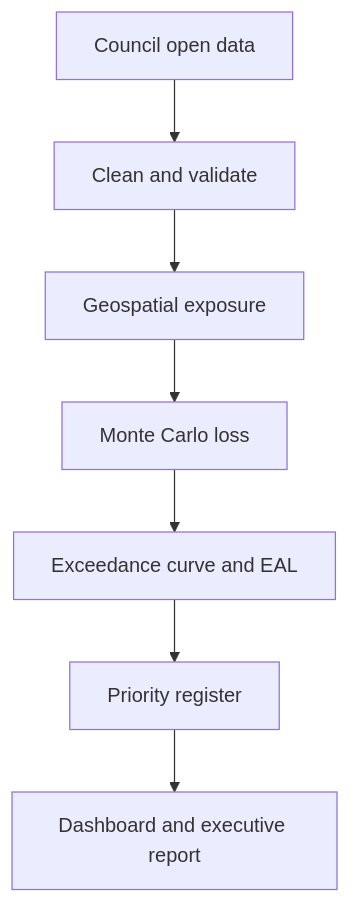
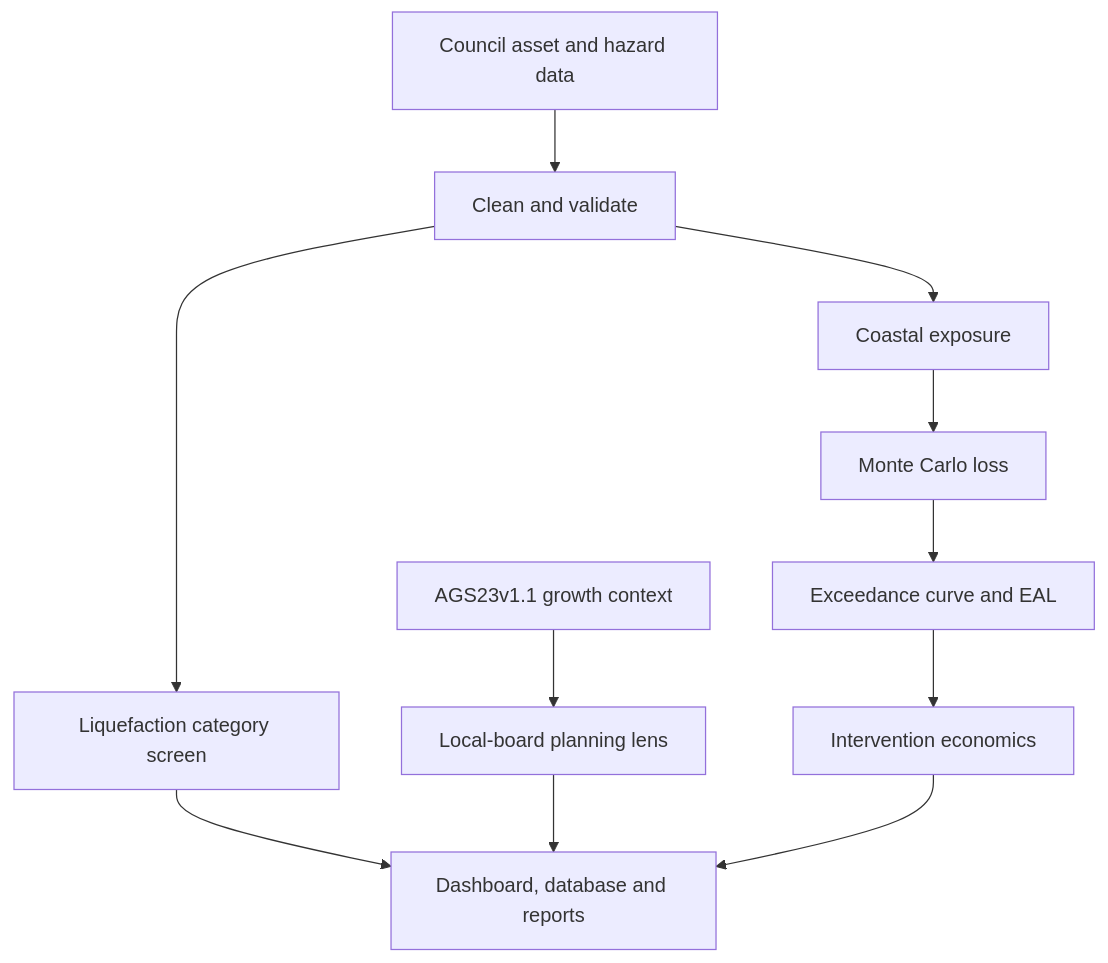
The diagram in README.md (arshadparvezk/auckland-asset-risk), drawn with Mermaid before and after one commit. The commit also changed other lines of this file and 40 other files, not shown here.

````diff
--- a/README.md
+++ b/README.md
@@ -23,9 +26,13 @@
 ```mermaid
 flowchart TD
-    A["Council open data"] --> B["Clean and validate"]
-    B --> C["Geospatial exposure"]
+    A["Council asset and hazard data"] --> B["Clean and validate"]
+    B --> C["Coastal exposure"]
     C --> D["Monte Carlo loss"]
     D --> E["Exceedance curve and EAL"]
-    E --> F["Priority register"]
-    F --> G["Dashboard and executive report"]
+    B --> F["Liquefaction category screen"]
+    G["AGS23v1.1 growth context"] --> H["Local-board planning lens"]
+    E --> I["Intervention economics"]
+    F --> J["Dashboard, database and reports"]
+    H --> J
+    I --> J
 ```
````
